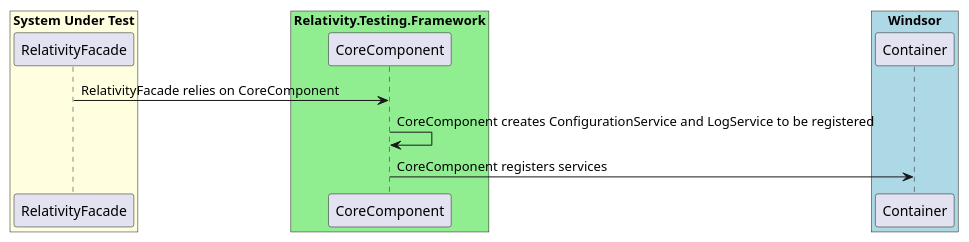
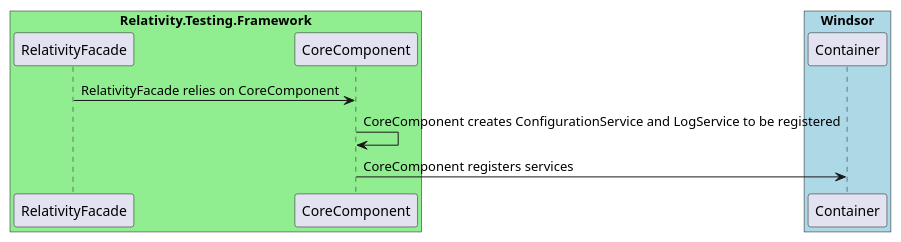
Before and after one commit to relativitydev/relativity.testing.framework: the diagram in docs/architecture/CoreComponent.pu, drawn with PlantUML. The commit also changed 1 other file, not shown here.

Commit message:
TESTENG-1465: move Relativity Facade into RTFBox

```diff
--- a/docs/architecture/CoreComponent.pu
+++ b/docs/architecture/CoreComponent.pu
@@ -1,19 +1,16 @@
 @startuml Relativity.Testing.Framework Interceptors Sequence Diagram
 
-box "System Under Test" #LightYellow
+box "Relativity.Testing.Framework" #LightGreen
 participant "RelativityFacade"
-end box
-
-box "Relativity.Testing.Framework" #LightGreen
 participant "CoreComponent"
 end box
 
 box "Windsor" #LightBlue
 participant "Container"
 end box
 
 "RelativityFacade" -> "CoreComponent" : RelativityFacade relies on CoreComponent
 "CoreComponent" -> "CoreComponent" : CoreComponent creates ConfigurationService and LogService to be registered
 "CoreComponent" -> "Container" : CoreComponent registers services
 
 @enduml
```
